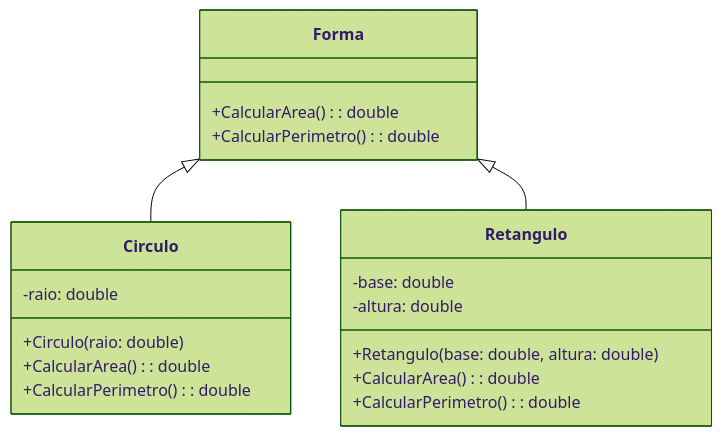
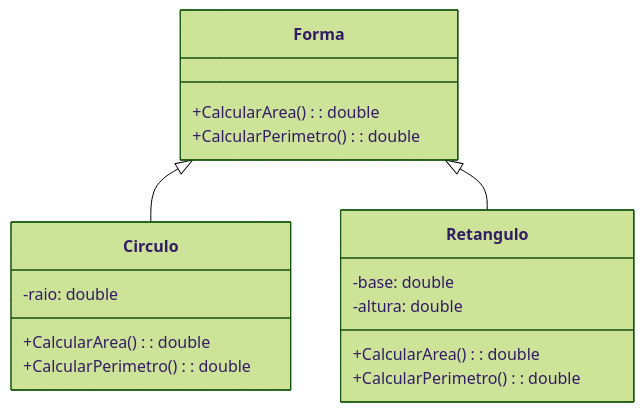
One commit to liviaaVS/PEOO-TADS-II-PERIODO changed the first of 3 diagrams in ExercícioSala/README.md. Above: the diagram before and after it, drawn with Mermaid (forest theme). The commit also changed other lines of this file, not shown here.

Commit message:
Ajustes no README.md(nos diagramas)

````diff
--- a/ExercícioSala/README.md
+++ b/ExercícioSala/README.md
@@ -7,25 +7,23 @@
 ```mermaid
 classDiagram
   class Forma {
     +CalcularArea(): double
     +CalcularPerimetro(): double
   }
 
   class Circulo {
     -raio: double
-    +Circulo(raio: double)
     +CalcularArea(): double
     +CalcularPerimetro(): double
   }
 
   class Retangulo {
     -base: double
     -altura: double
-    +Retangulo(base: double, altura: double)
     +CalcularArea(): double
     +CalcularPerimetro(): double
   }
 
   Forma <|-- Circulo
   Forma <|-- Retangulo
 ```
````
